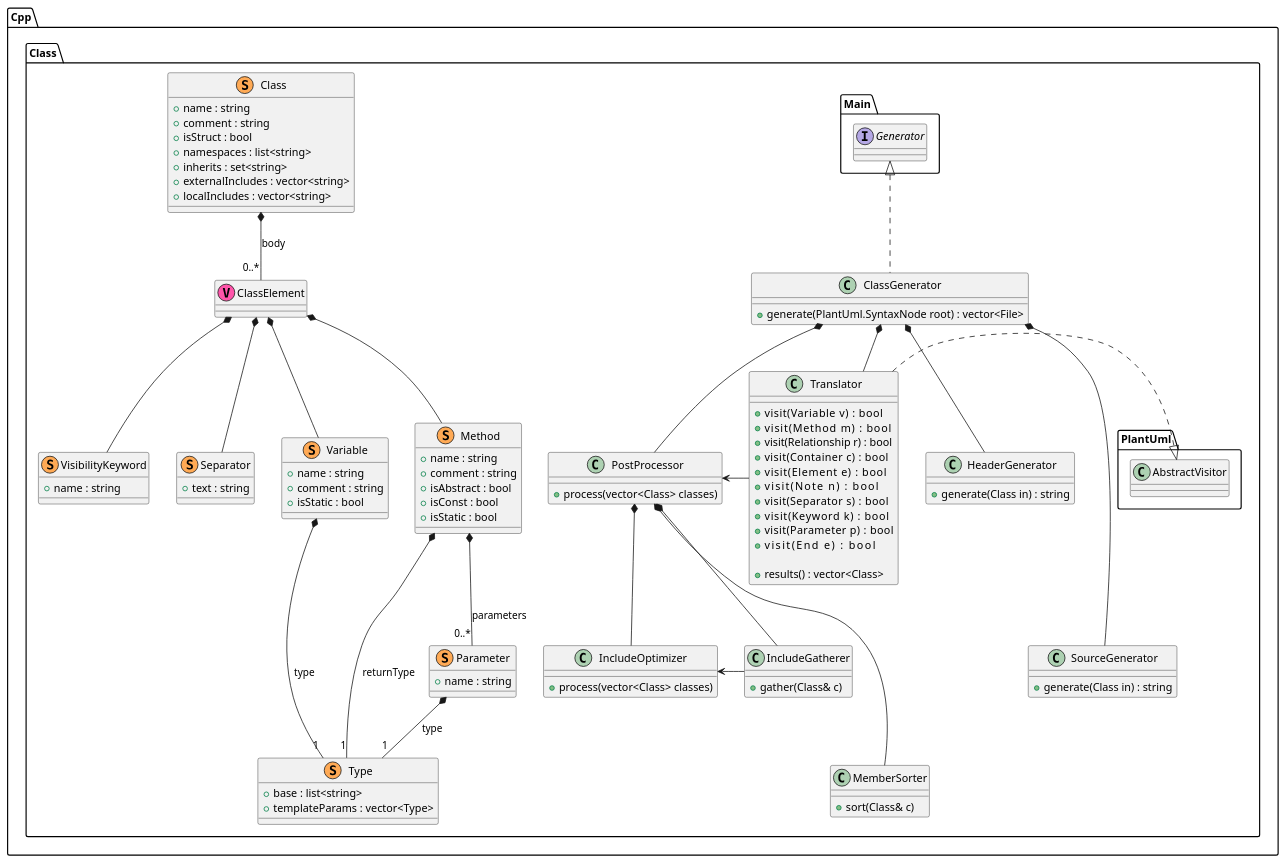
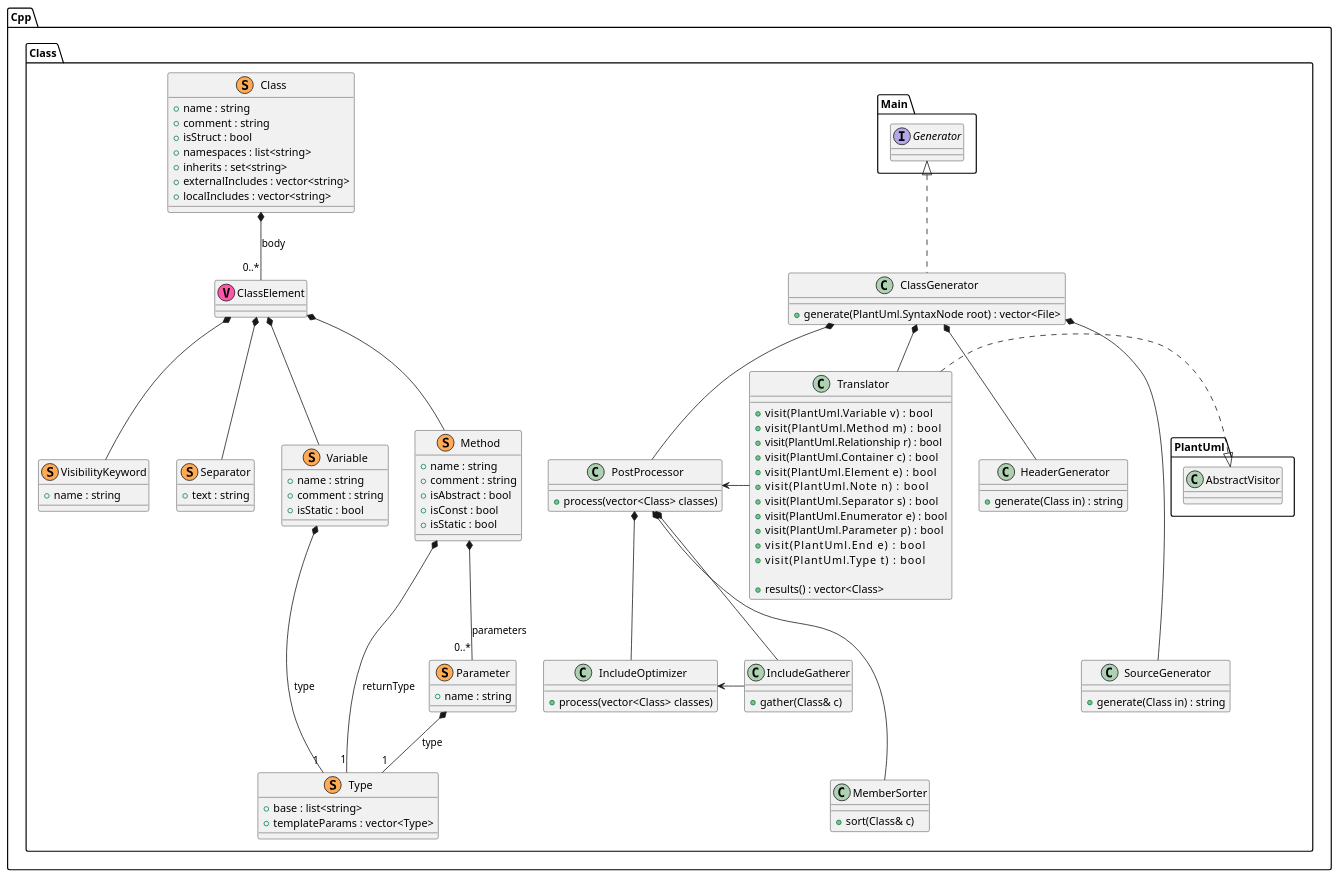
Before and after one commit to jteuber/PlantUML2Cpp: the diagram in models/Class.puml, drawn with PlantUML. The commit also changed 4 other files, not shown here.

```diff
--- a/models/Class.puml
+++ b/models/Class.puml
@@ -1,121 +1,122 @@
 @startuml Class
 
 namespace Cpp {
 
     namespace Class {
         ' *************** ALGORITHMS ***************
         class Translator
         {
-            +visit(Variable v)     : bool
-            +visit(Method m)       : bool
-            +visit(Relationship r) : bool
-            +visit(Container c)    : bool
-            +visit(Element e)      : bool
-            +visit(Note n)         : bool
-            +visit(Separator s)    : bool
-            +visit(Keyword k)      : bool
-            +visit(Parameter p)    : bool
-            +visit(End e)          : bool
+            +visit(PlantUml.Variable v)     : bool
+            +visit(PlantUml.Method m)       : bool
+            +visit(PlantUml.Relationship r) : bool
+            +visit(PlantUml.Container c)    : bool
+            +visit(PlantUml.Element e)      : bool
+            +visit(PlantUml.Note n)         : bool
+            +visit(PlantUml.Separator s)    : bool
+            +visit(PlantUml.Enumerator e)   : bool
+            +visit(PlantUml.Parameter p)    : bool
+            +visit(PlantUml.End e)          : bool
+            +visit(PlantUml.Type t)         : bool
 
             +results() : vector<Class>
         }
         Translator .|> PlantUml.AbstractVisitor
 
         class PostProcessor {
             +process(vector<Class> classes)
         }
 
         class IncludeGatherer {
             +gather(Class& c)
         }
         class IncludeOptimizer {
             +process(vector<Class> classes)
         }
         class MemberSorter {
             +sort(Class& c)
         }
 
         PostProcessor *-- IncludeGatherer
         PostProcessor *-- IncludeOptimizer
         PostProcessor *--- MemberSorter
         IncludeOptimizer <- IncludeGatherer
 
 
         class HeaderGenerator {
             +generate(Class in) : string
         }
 
         class SourceGenerator {
             +generate(Class in) : string
         }
 
         Translator -left-> PostProcessor
 
         class ClassGenerator implements Main.Generator {
             +generate(PlantUml.SyntaxNode root) : vector<File>
         }
         ClassGenerator *-- Translator
         ClassGenerator *-- PostProcessor
         ClassGenerator *-- HeaderGenerator
         ClassGenerator *--- SourceGenerator
 
         ' *************** DATA ***************
         class Class << (S,#FFAA55) >>
         {
             +name : string
             +comment : string
             +isStruct : bool
             +namespaces : list<string>
             +inherits : set<string>
             +externalIncludes : vector<string>
             +localIncludes : vector<string>
         }
         class ClassElement << (V,#FF55AA) >>
         class VisibilityKeyword << (S,#FFAA55) >>
         {
             +name : string
         }
         class Separator << (S,#FFAA55) >>
         {
             +text : string
         }
         class Variable << (S,#FFAA55) >>
         {
             +name : string
             +comment : string
             +isStatic : bool
         }
         class Method << (S,#FFAA55) >>
         {
             +name : string
             +comment : string
             +isAbstract : bool
             +isConst : bool
             +isStatic : bool
         }
         class Parameter << (S,#FFAA55) >>
         {
             +name : string
         }
 
 
         class Type << (S,#FFAA55) >>
         {
             +base : list<string>
             +templateParams : vector<Type>
         }
         Method *--- "1" Type : returnType
         Parameter *-- "1" Type : type
         Variable *--- "1" Type : type
 
 
         Class *-- "0..*" ClassElement : body
         ClassElement *-- Method
         ClassElement *-- Variable
         ClassElement *-- VisibilityKeyword
         ClassElement *-- Separator
         Method *-- "0..*" Parameter : parameters
     }
 }
 
 @enduml
```
